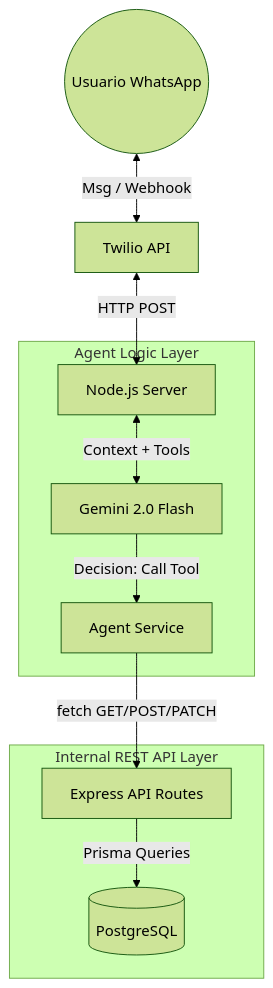
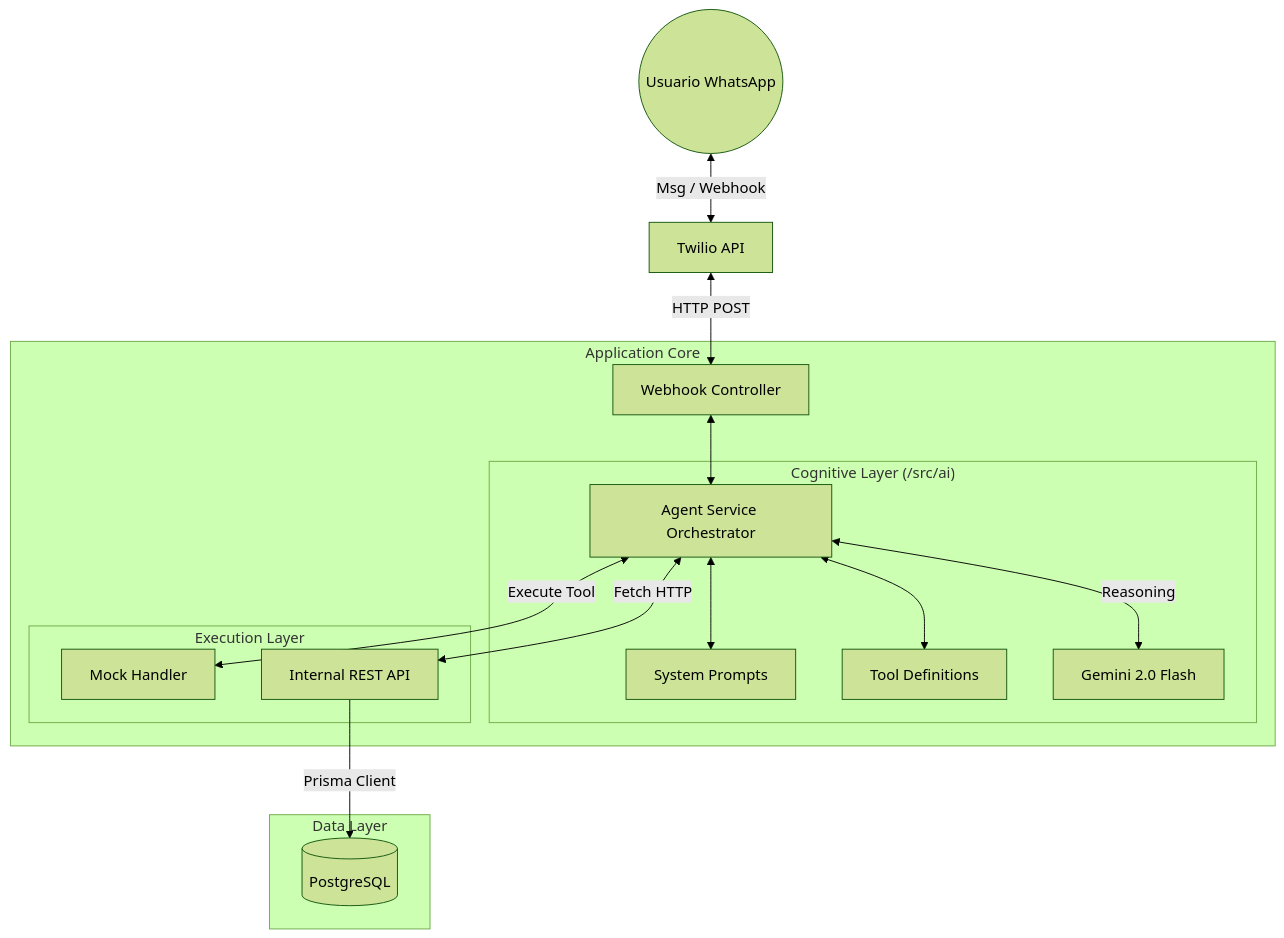
The diagram in docs/CONCEPTUAL_DESIGN.md (AFacundoOrtiz/laburen-ai-agent), drawn with Mermaid (forest theme) before and after one commit. The commit also changed other lines of this file and 2 other files, not shown here.

Commit message:
docs: documentos README.md, DIAGRAMS.md y CONCEPTUAL_DESIGN.md actualizados

````diff
--- a/docs/CONCEPTUAL_DESIGN.md
+++ b/docs/CONCEPTUAL_DESIGN.md
@@ -17,15 +48,24 @@
 ```mermaid
 graph TD
     User((Usuario WhatsApp)) <-->|Msg / Webhook| Gateway[Twilio API]
-    Gateway <-->|HTTP POST| Server[Node.js Server]
+    Gateway <-->|HTTP POST| Webhook[Webhook Controller]
     
-    subgraph "Agent Logic Layer"
-        Server <-->|Context + Tools| AI[Gemini 2.0 Flash]
-        AI -->|Decision: Call Tool| Service[Agent Service]
+    subgraph "Application Core"
+        Webhook <--> Orchestrator[Agent Service Orchestrator]
+        
+        subgraph "Cognitive Layer (/src/ai)"
+            Orchestrator <--> Prompts[System Prompts]
+            Orchestrator <--> Tools[Tool Definitions]
+            Orchestrator <-->|Reasoning| Gemini[Gemini 2.0 Flash]
+        end
+        
+        subgraph "Execution Layer"
+            Orchestrator <-->|Execute Tool| Mock[Mock Handler]
+            Orchestrator <-->|Fetch HTTP| API[Internal REST API]
+        end
     end
     
-    subgraph "Internal REST API Layer"
-        Service -->|fetch GET/POST/PATCH| API[Express API Routes]
-        API -->|Prisma Queries| DB[(PostgreSQL)]
+    subgraph "Data Layer"
+        API -->|Prisma Client| DB[(PostgreSQL)]
     end
 ```
````
